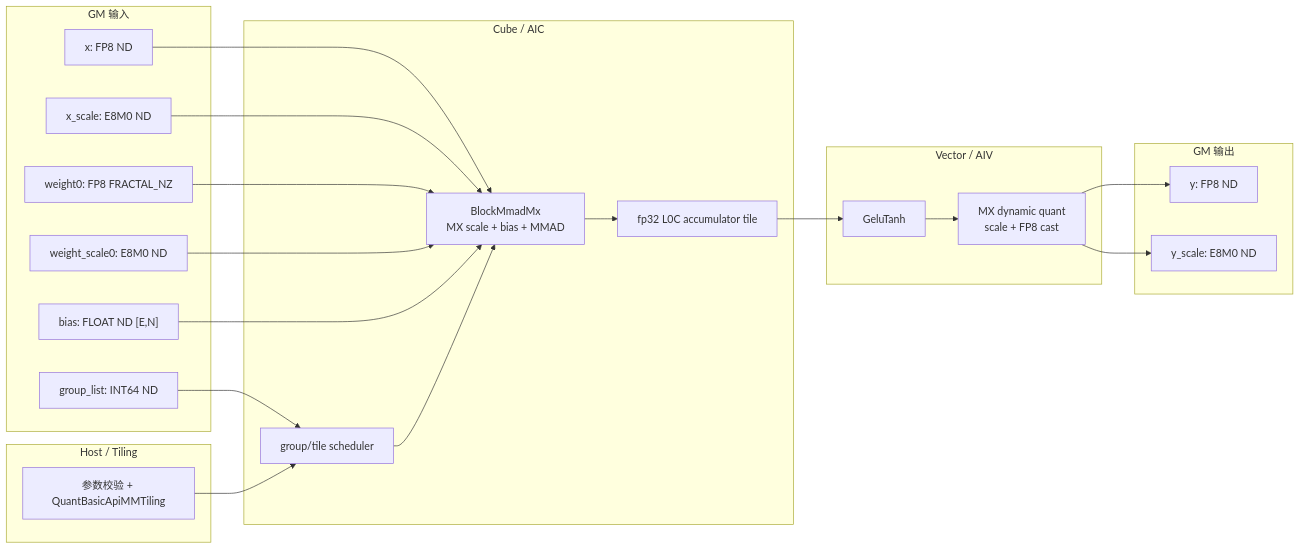
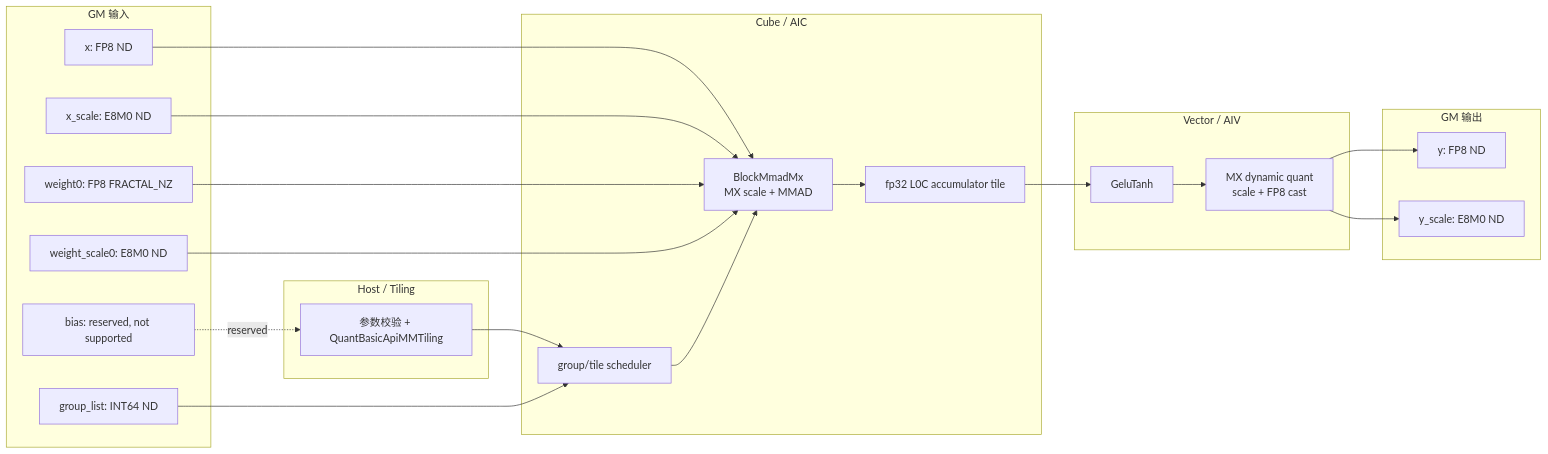
The first of 5 diagrams in gmm/grouped_matmul_activation_quant/docs/grouped_matmul_activation_quant_kernel_tiling_srs.md (ChunnX/ops-transformer), drawn with Mermaid before and after one commit. The commit also changed other lines of this file and 7 other files, not shown here.

Commit message:
refine GRAPH_FAILED expectations in activation quant srs

````diff
--- a/gmm/grouped_matmul_activation_quant/docs/grouped_matmul_activation_quant_kernel_tiling_srs.md
+++ b/gmm/grouped_matmul_activation_quant/docs/grouped_matmul_activation_quant_kernel_tiling_srs.md
@@ -101,45 +101,45 @@
 ```mermaid
 flowchart LR
     subgraph Host["Host / Tiling"]
         TILING["参数校验 + QuantBasicApiMMTiling"]
     end
 
     subgraph GM_IN["GM 输入"]
         X["x: FP8 ND"]
         XS["x_scale: E8M0 ND"]
         W["weight0: FP8 FRACTAL_NZ"]
         WS["weight_scale0: E8M0 ND"]
-        BIAS["bias: FLOAT ND [E,N]"]
+        BIAS["bias: reserved, not supported"]
         GL["group_list: INT64 ND"]
     end
 
     subgraph CUBE["Cube / AIC"]
         SCH["group/tile scheduler"]
-        MMAD["BlockMmadMx<br/>MX scale + bias + MMAD"]
+        MMAD["BlockMmadMx<br/>MX scale + MMAD"]
         ACC["fp32 L0C accumulator tile"]
     end
 
     subgraph VECTOR["Vector / AIV"]
         ACT["GeluTanh"]
         Q["MX dynamic quant<br/>scale + FP8 cast"]
     end
 
     subgraph GM_OUT["GM 输出"]
         Y["y: FP8 ND"]
         YS["y_scale: E8M0 ND"]
     end
 
     TILING --> SCH
     GL --> SCH
     X --> MMAD
     XS --> MMAD
     W --> MMAD
     WS --> MMAD
-    BIAS --> MMAD
+    BIAS -. reserved .-> TILING
     SCH --> MMAD
     MMAD --> ACC
     ACC --> ACT
     ACT --> Q
     Q --> Y
     Q --> YS
 ```
````
